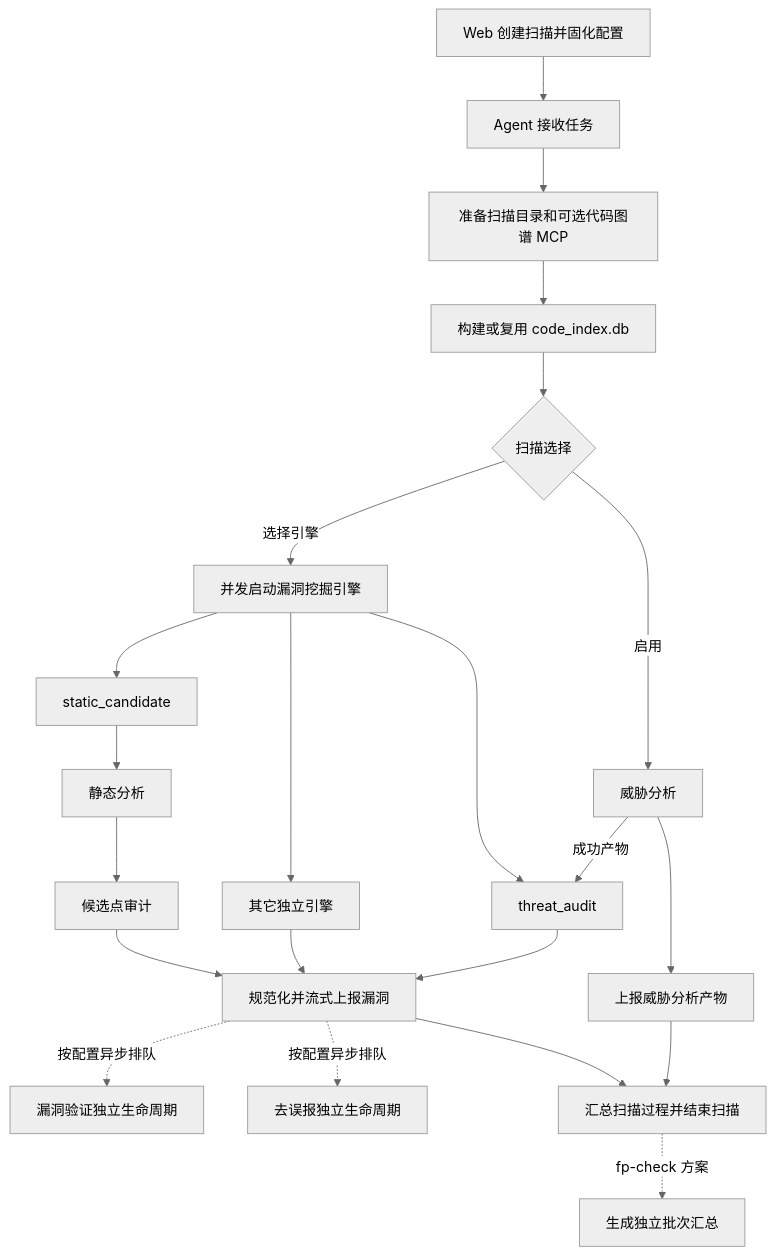
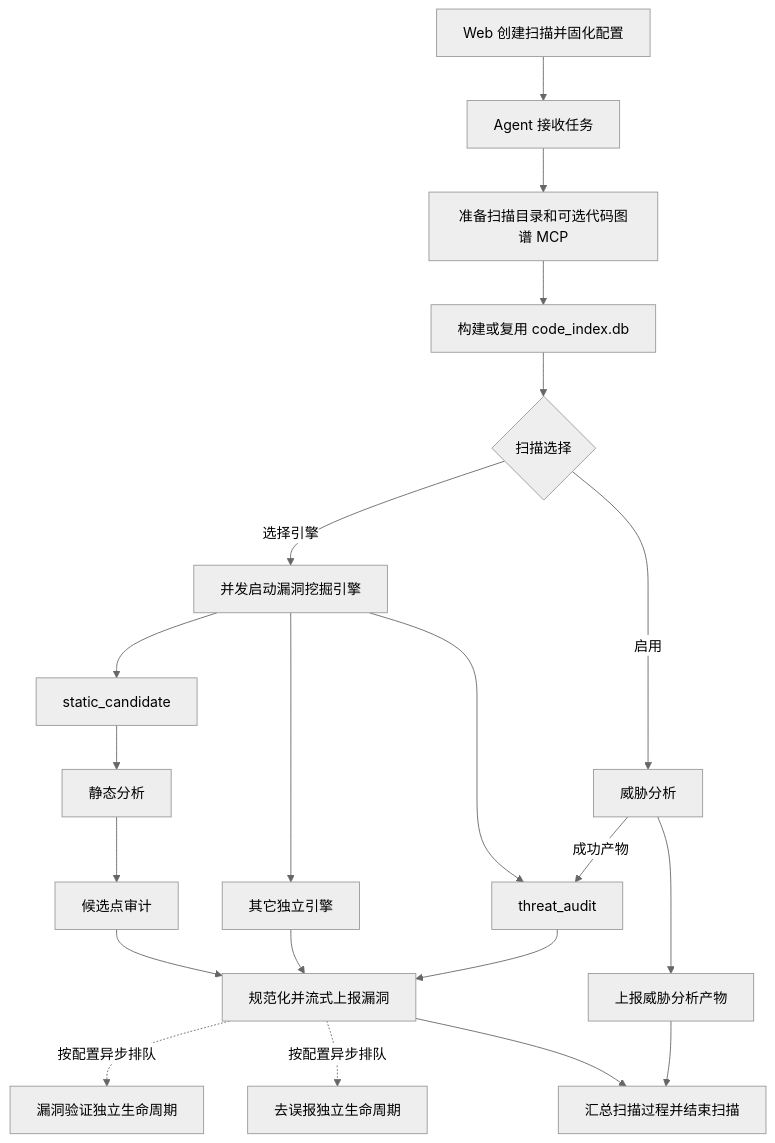
The diagram in docs/framework_development.md (rainyutang/OpenDeepHole), drawn with Mermaid (neutral theme) before and after one commit. The commit also changed other lines of this file and 54 other files, not shown here.

````diff
--- a/docs/framework_development.md
+++ b/docs/framework_development.md
@@ -34,30 +36,29 @@
 ```mermaid
 flowchart TD
     A[Web 创建扫描并固化配置] --> B[Agent 接收任务]
     B --> C[准备扫描目录和可选代码图谱 MCP]
     C --> D[构建或复用 code_index.db]
     D --> E{扫描选择}
 
     E -->|启用| TA[威胁分析]
     E -->|选择引擎| ME[并发启动漏洞挖掘引擎]
 
     ME --> SC[static_candidate]
     SC --> SA[静态分析]
     SA --> CA[候选点审计]
 
     ME --> EXT[其它独立引擎]
     ME --> TH[threat_audit]
     TA -->|成功产物| TH
 
     CA --> R[规范化并流式上报漏洞]
     EXT --> R
     TH --> R
 
     R -.按配置异步排队.-> V[漏洞验证独立生命周期]
     R -.按配置异步排队.-> FP[去误报独立生命周期]
     TA --> AR[上报威胁分析产物]
 
     R --> F[汇总扫描过程并结束扫描]
     AR --> F
-    F -.fp-check 方案.-> FPS[生成独立批次汇总]
 ```
````
